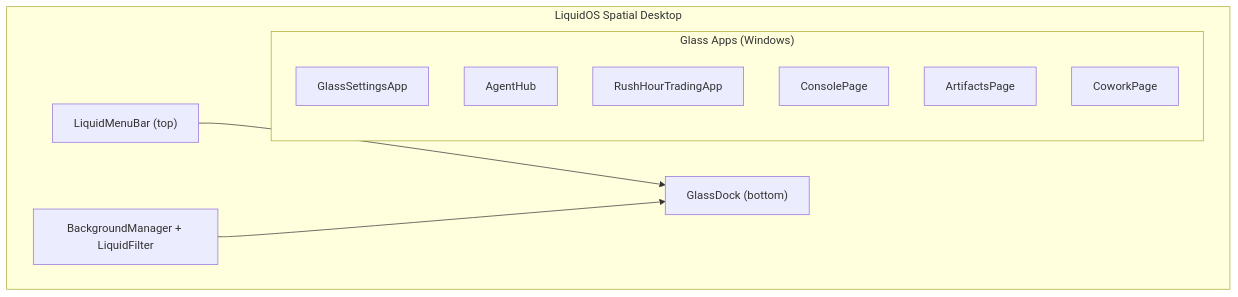
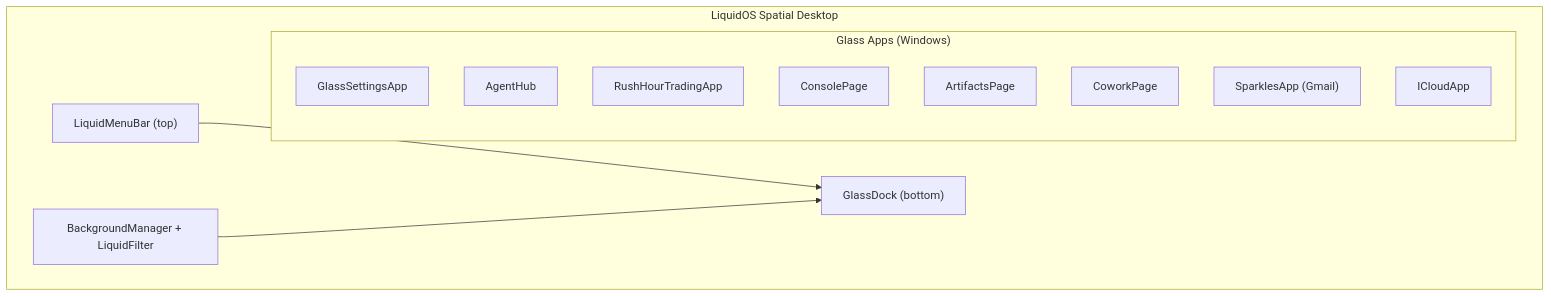
The diagram in docs/UNIFIED_ARCHITECTURE.md (marioberlin/jagdagenten), drawn with Mermaid before and after one commit. The commit also changed other lines of this file and 3 other files, not shown here.

````diff
--- a/docs/UNIFIED_ARCHITECTURE.md
+++ b/docs/UNIFIED_ARCHITECTURE.md
@@ -16,20 +16,22 @@
 ```mermaid
 graph TB
     subgraph "LiquidOS Spatial Desktop"
         LiquidMenuBar["LiquidMenuBar (top)"]
         BackgroundManager["BackgroundManager + LiquidFilter"]
         GlassDock["GlassDock (bottom)"]
         
         subgraph "Glass Apps (Windows)"
             Settings["GlassSettingsApp"]
             Agents["AgentHub"]
             Trading["RushHourTradingApp"]
             Console["ConsolePage"]
             Artifacts["ArtifactsPage"]
             Cowork["CoworkPage"]
+            Sparkles["SparklesApp (Gmail)"]
+            ICloud["ICloudApp"]
         end
     end
     
     LiquidMenuBar --> GlassDock
     BackgroundManager --> GlassDock
 ```
````
